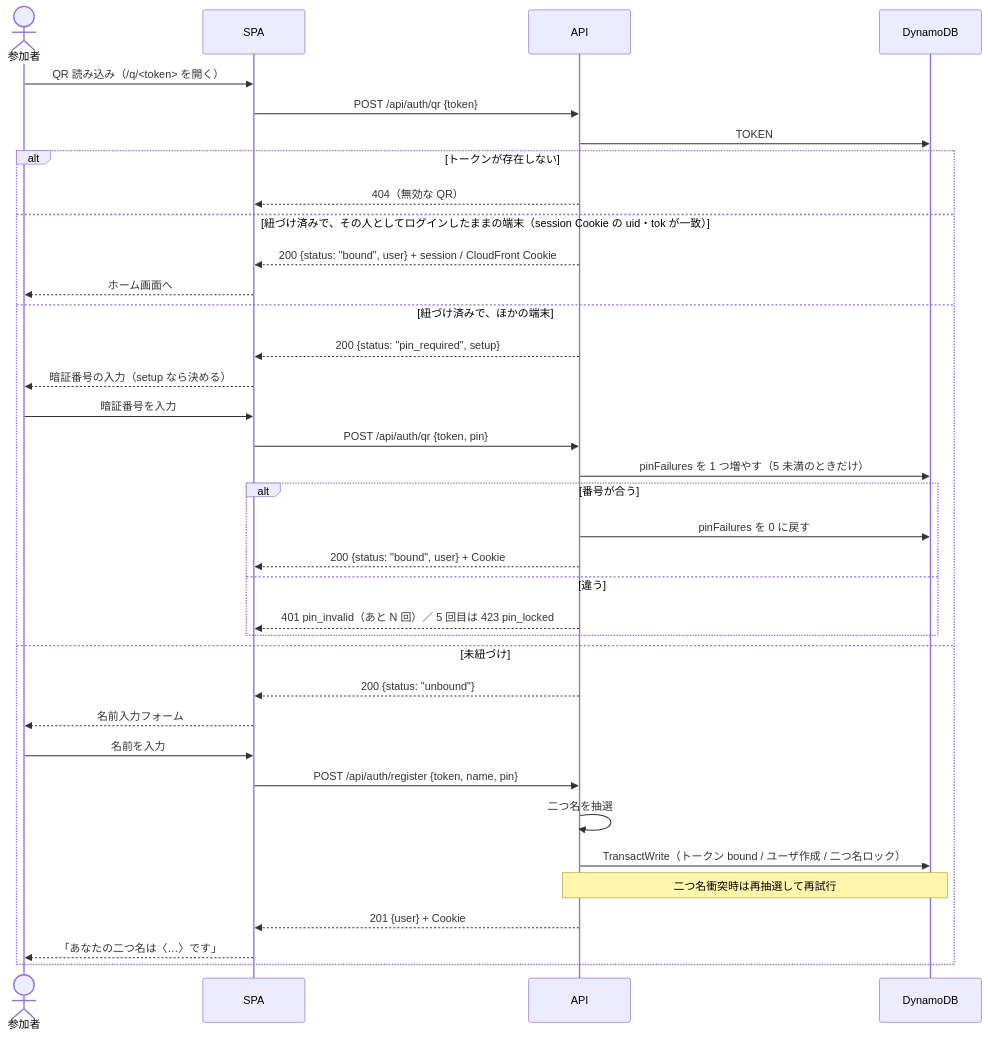
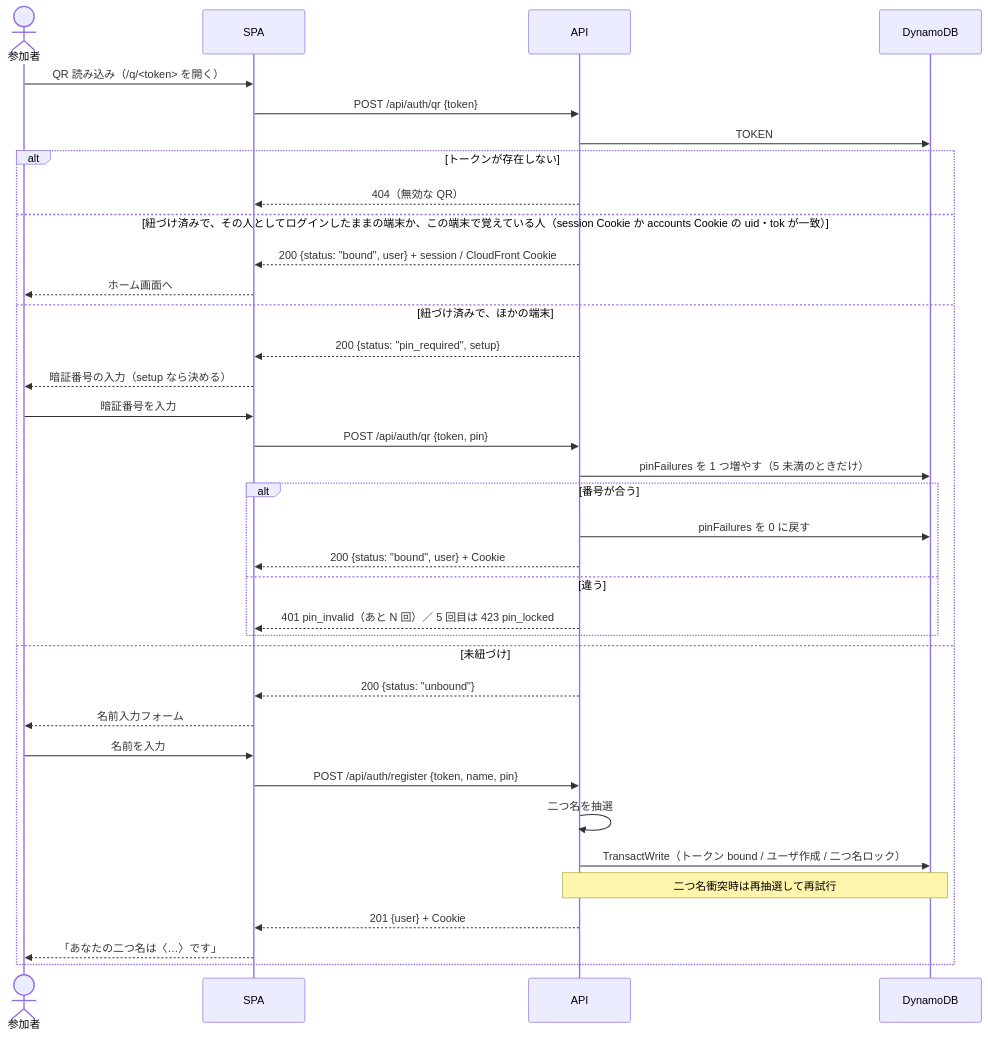
The second of 3 diagrams in docs/design.md (ot-nemoto/partally), drawn with Mermaid before and after one commit. The commit also changed other lines of this file and 3 other files, not shown here.

````diff
--- a/docs/design.md
+++ b/docs/design.md
@@ -333,39 +334,39 @@
 ```mermaid
 sequenceDiagram
   actor U as 参加者
   participant S as SPA
   participant A as API
   participant D as DynamoDB
 
   U->>S: QR 読み込み（/q/<token> を開く）
   S->>A: POST /api/auth/qr {token}
   A->>D: TOKEN#<token> 取得
   alt トークンが存在しない
     A-->>S: 404（無効な QR）
-  else 紐づけ済みで、その人としてログインしたままの端末（session Cookie の uid・tok が一致）
+  else 紐づけ済みで、その人としてログインしたままの端末か、この端末で覚えている人（session Cookie か accounts Cookie の uid・tok が一致）
     A-->>S: 200 {status: "bound", user} + session / CloudFront Cookie
     S-->>U: ホーム画面へ
   else 紐づけ済みで、ほかの端末
     A-->>S: 200 {status: "pin_required", setup}
     S-->>U: 暗証番号の入力（setup なら決める）
     U->>S: 暗証番号を入力
     S->>A: POST /api/auth/qr {token, pin}
     A->>D: pinFailures を 1 つ増やす（5 未満のときだけ）
     alt 番号が合う
       A->>D: pinFailures を 0 に戻す
       A-->>S: 200 {status: "bound", user} + Cookie
     else 違う
       A-->>S: 401 pin_invalid（あと N 回）／ 5 回目は 423 pin_locked
     end
   else 未紐づけ
     A-->>S: 200 {status: "unbound"}
     S-->>U: 名前入力フォーム
     U->>S: 名前を入力
     S->>A: POST /api/auth/register {token, name, pin}
     A->>A: 二つ名を抽選
     A->>D: TransactWrite（トークン bound / ユーザ作成 / 二つ名ロック）
     Note over A,D: 二つ名衝突時は再抽選して再試行
     A-->>S: 201 {user} + Cookie
     S-->>U: 「あなたの二つ名は〈…〉です」
   end
 ```
````
